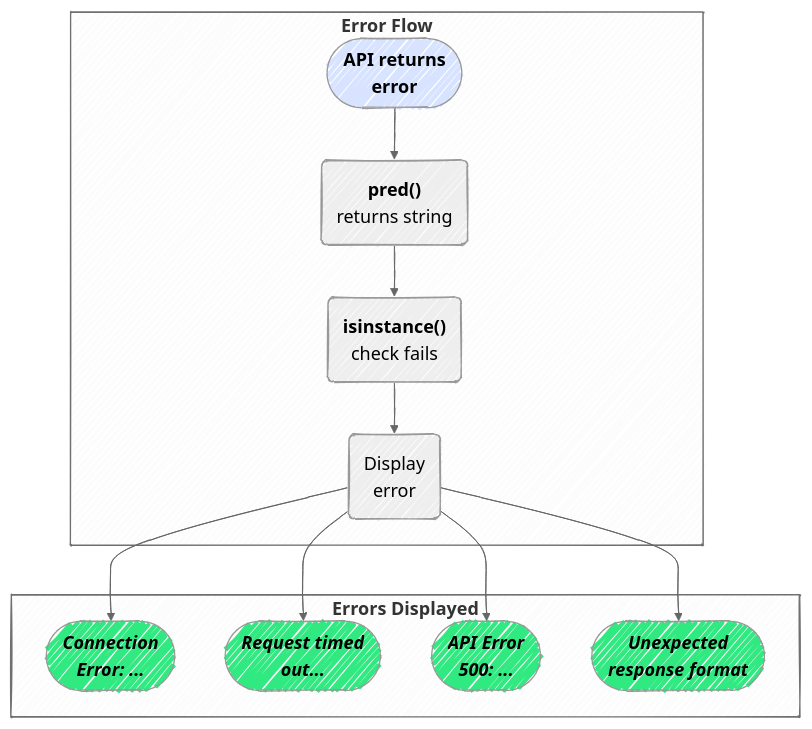
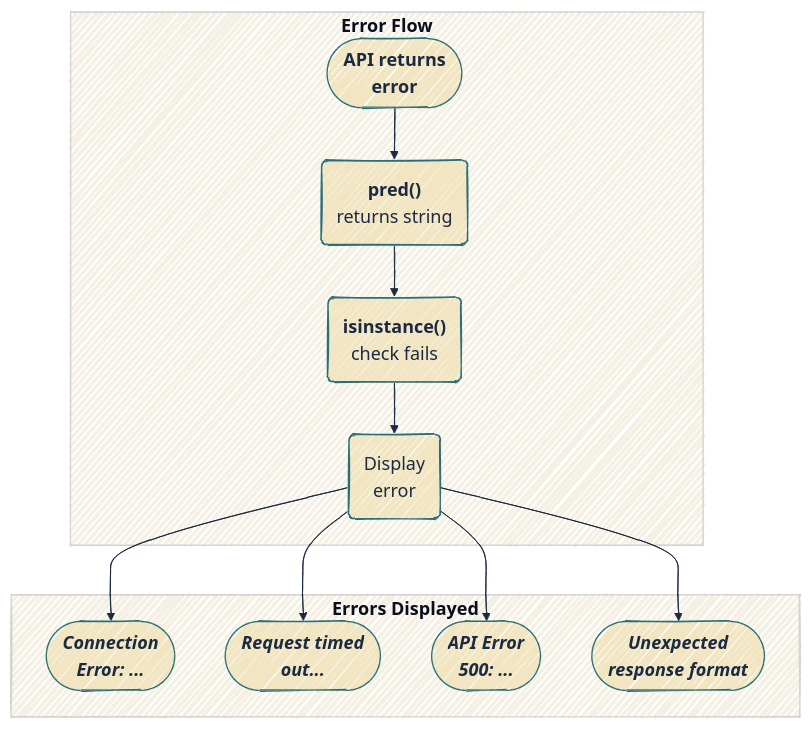
The eighth of 15 diagrams in app-log-py.qmd (mjfrigaard/do4ds-labs), drawn with Mermaid before and after one commit. The commit also changed other lines of this file and 88 other files, not shown here.

````diff
--- a/app-log-py.qmd
+++ b/app-log-py.qmd
@@ -977,35 +957,30 @@
 ```{mermaid}
 %%| fig-cap: 'API Errors for Predictions'
 %%| fig-width: 7.0
 %%| fig-align: center
-%%{init: {'theme': 'neutral', 'look': 'handDrawn', 'themeVariables': { 'fontFamily': 'monospace', 'fontSize':'18px'}}}%%
+%%{init: {'theme': 'base', 'look': 'handDrawn', 'themeVariables': { 'fontFamily': 'monospace', 'fontSize':'18px', 'primaryColor': '#F2E6C2', 'primaryBorderColor': '#2A6F77', 'primaryTextColor': '#1B2A41', 'secondaryColor': '#d4e7e4', 'tertiaryColor': '#f5f0e4', 'lineColor': '#1B2A41', 'edgeLabelBackground': '#F2E6C2'}}}%%
 
 flowchart TD
     subgraph "<strong>Error Flow</strong>"
         APIRetError(["<strong>API returns<br>error</strong>"])
         StringResult("<strong>pred()</strong><br>returns string")
         TypeCheck("<strong>isinstance()</strong><br>check fails")
         DirectDisplay("Display<br>error")
     end
     
     subgraph "<strong>Errors Displayed</strong>"
         ConnError(["<em><strong>Connection<br>Error: ...</strong></em>"])
         TimeoutError(["<em><strong>Request timed<br>out...</strong></em>"])
         APIError(["<em><strong>API Error<br>500: ...</strong></em>"])
         FormatError(["<em><strong>Unexpected<br>response format</strong></em>"])
     end
     
     APIRetError --> StringResult
     StringResult --> TypeCheck
     TypeCheck --> DirectDisplay
     DirectDisplay --> ConnError
     DirectDisplay --> TimeoutError
     DirectDisplay --> APIError
     DirectDisplay --> FormatError
 
-    style APIRetError fill:#d8e4ff
-    style APIError fill:#31e981
-    style ConnError fill:#31e981
-    style TimeoutError fill:#31e981
-    style FormatError fill:#31e981
 ```
````
